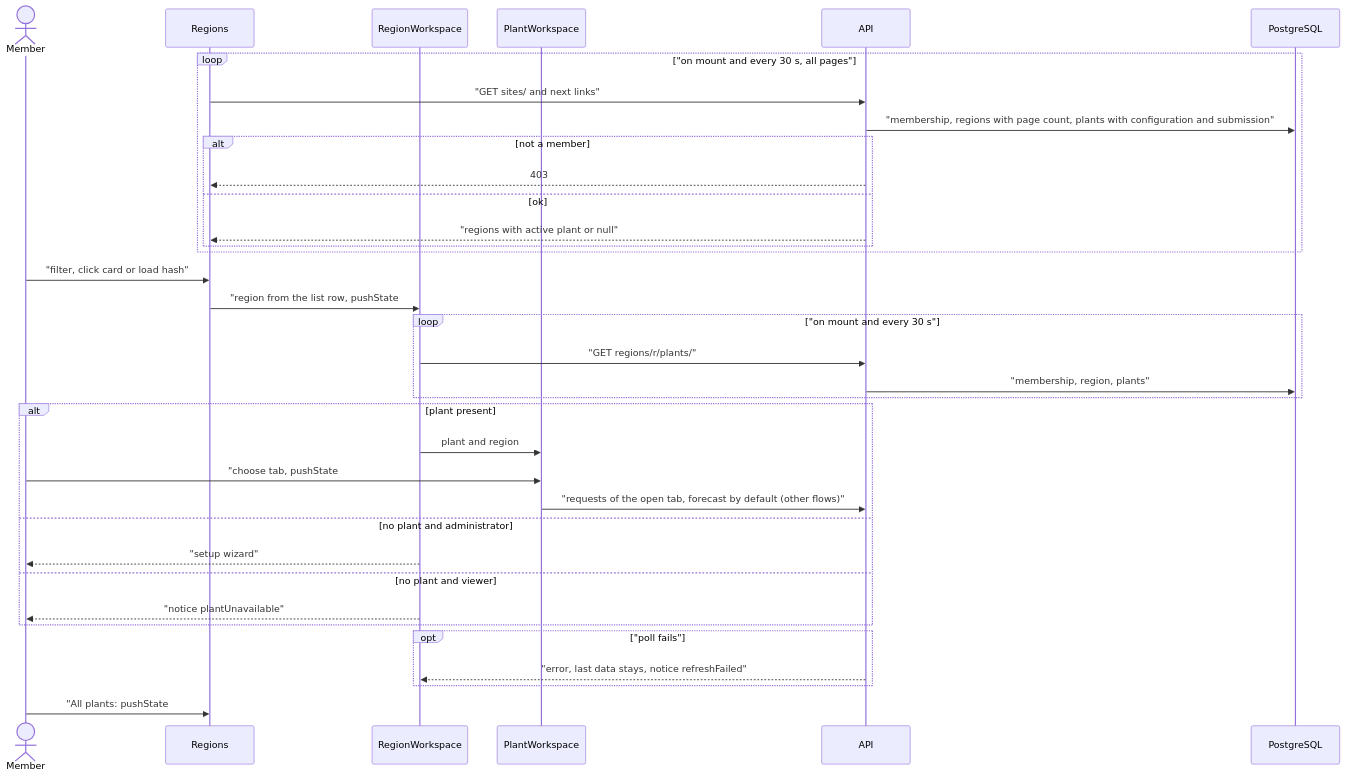
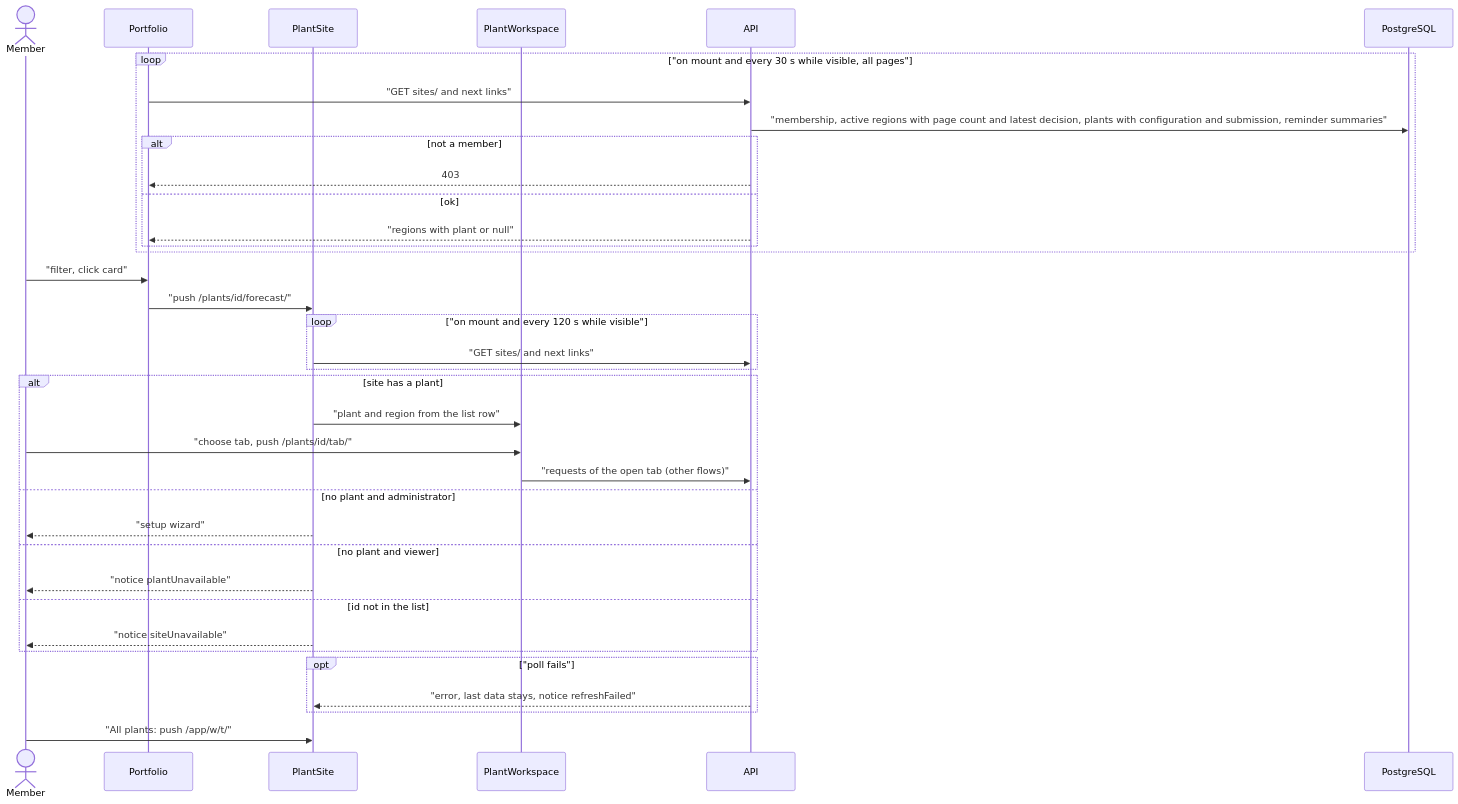
One commit to erkurtharun/pyracast changed the diagram in docs/flows/plant-portfolio.md. Above: the diagram before and after it, drawn with Mermaid. The commit also changed other lines of this file and 3 other files, not shown here.

First line of the commit message:
Bring the plant onboarding and approval flow pages in line with the code

````diff
--- a/docs/flows/plant-portfolio.md
+++ b/docs/flows/plant-portfolio.md
@@ -13,37 +14,38 @@
 ```mermaid
 sequenceDiagram
     actor U as Member
-    participant D as Regions
-    participant W as RegionWorkspace
-    participant S as PlantWorkspace
+    participant D as Portfolio
+    participant S as PlantSite
+    participant W as PlantWorkspace
     participant A as API
     participant DB as PostgreSQL
-    loop "on mount and every 30 s, all pages"
+    loop "on mount and every 30 s while visible, all pages"
         D->>A: "GET sites/ and next links"
-        A->>DB: "membership, regions with page count, plants with configuration and submission"
+        A->>DB: "membership, active regions with page count and latest decision, plants with configuration and submission, reminder summaries"
         alt not a member
             A-->>D: 403
         else ok
-            A-->>D: "regions with active plant or null"
+            A-->>D: "regions with plant or null"
         end
     end
-    U->>D: "filter, click card or load hash"
-    D->>W: "region from the list row, pushState #plant-id/forecast"
-    loop "on mount and every 30 s"
-        W->>A: "GET regions/r/plants/"
-        A->>DB: "membership, region, plants"
+    U->>D: "filter, click card"
+    D->>S: "push /plants/id/forecast/"
+    loop "on mount and every 120 s while visible"
+        S->>A: "GET sites/ and next links"
     end
-    alt plant present
-        W->>S: plant and region
-        U->>S: "choose tab, pushState #plant-region/tab"
-        S->>A: "requests of the open tab, forecast by default (other flows)"
+    alt site has a plant
+        S->>W: "plant and region from the list row"
+        U->>W: "choose tab, push /plants/id/tab/"
+        W->>A: "requests of the open tab (other flows)"
     else no plant and administrator
-        W-->>U: "setup wizard"
+        S-->>U: "setup wizard"
     else no plant and viewer
-        W-->>U: "notice plantUnavailable"
+        S-->>U: "notice plantUnavailable"
+    else id not in the list
+        S-->>U: "notice siteUnavailable"
     end
     opt "poll fails"
-        A-->>W: "error, last data stays, notice refreshFailed"
+        A-->>S: "error, last data stays, notice refreshFailed"
     end
-    U->>D: "All plants: pushState #plants, refetch sites"
+    U->>S: "All plants: push /app/w/t/"
 ```
````
